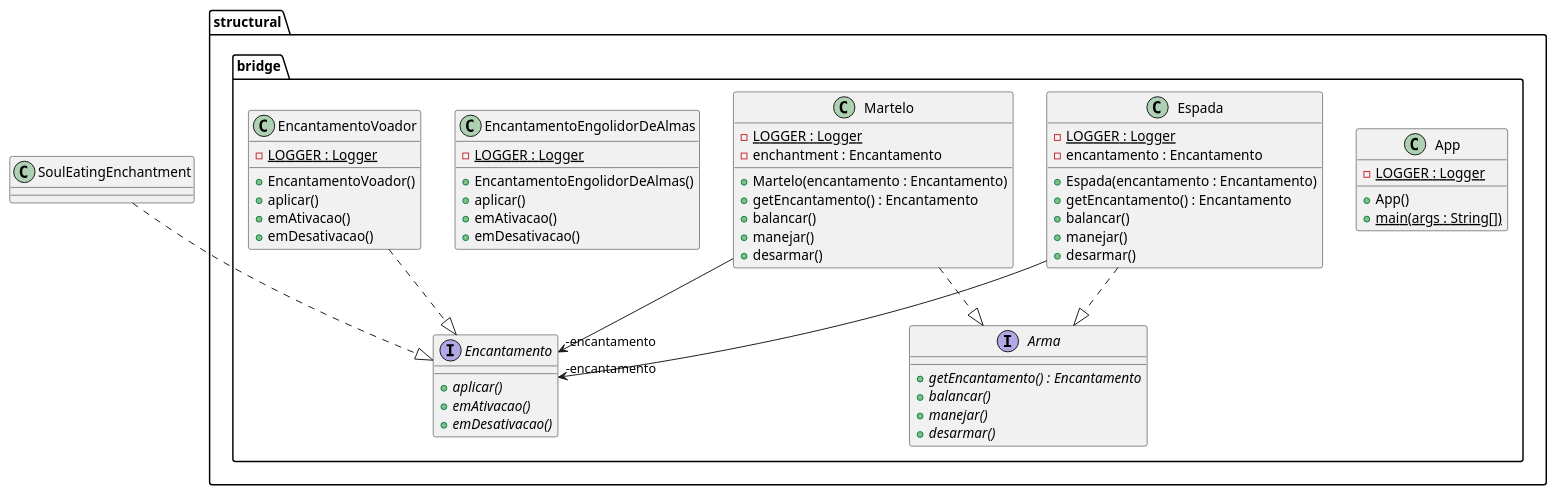
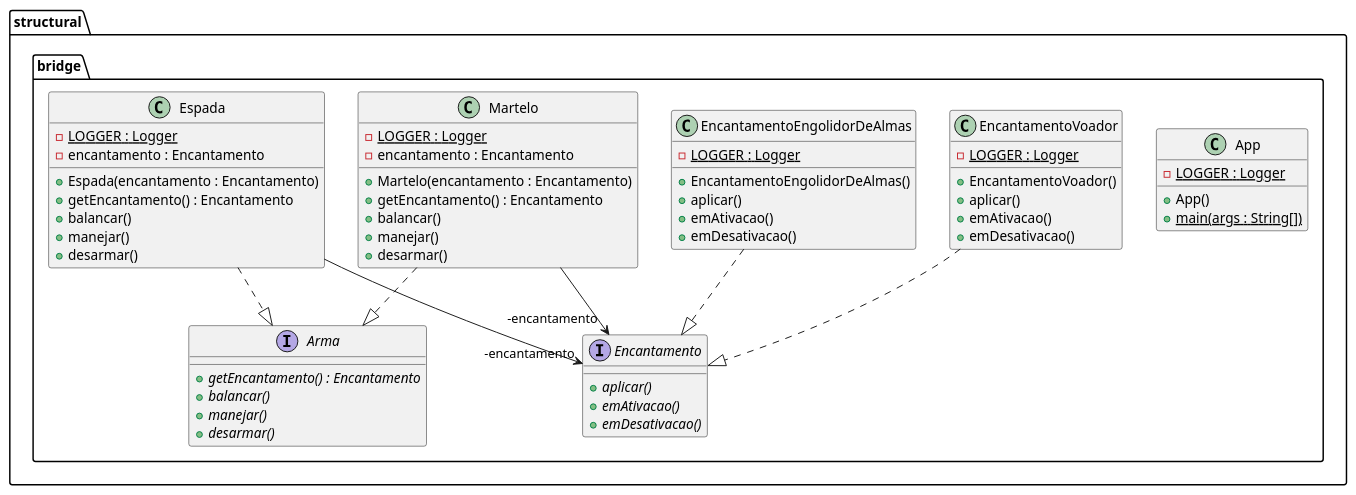
One commit to jeanLuizInsight/design-patterns-java changed the diagram in src/structural/bridge/diagramas/Bridge.puml. Above: the diagram before and after it, drawn with PlantUML. The commit also changed 1 other file, not shown here.

```diff
--- a/src/structural/bridge/diagramas/Bridge.puml
+++ b/src/structural/bridge/diagramas/Bridge.puml
@@ -1,58 +1,58 @@
 @startuml
 package structural.bridge {
   class App {
     - LOGGER : Logger {static}
     + App()
     + main(args : String[]) {static}
   }
   interface Encantamento {
     + aplicar() {abstract}
     + emAtivacao() {abstract}
     + emDesativacao() {abstract}
   }
   class EncantamentoVoador {
     - LOGGER : Logger {static}
     + EncantamentoVoador()
     + aplicar()
     + emAtivacao()
     + emDesativacao()
   }
   class Martelo {
     - LOGGER : Logger {static}
-    - enchantment : Encantamento
+    - encantamento : Encantamento
     + Martelo(encantamento : Encantamento)
     + getEncantamento() : Encantamento
     + balancar()
     + manejar()
     + desarmar()
   }
   class EncantamentoEngolidorDeAlmas {
     - LOGGER : Logger {static}
     + EncantamentoEngolidorDeAlmas()
     + aplicar()
     + emAtivacao()
     + emDesativacao()
   }
   class Espada {
     - LOGGER : Logger {static}
     - encantamento : Encantamento
     + Espada(encantamento : Encantamento)
     + getEncantamento() : Encantamento
     + balancar()
     + manejar()
     + desarmar()
   }
   interface Arma {
     + getEncantamento() : Encantamento {abstract}
     + balancar() {abstract}
     + manejar() {abstract}
     + desarmar() {abstract}
   }
 }
 Espada -->  "-encantamento" Encantamento
 Martelo -->  "-encantamento" Encantamento
 EncantamentoVoador ..|> Encantamento 
 Martelo ..|> Arma 
-SoulEatingEnchantment ..|> Encantamento 
+EncantamentoEngolidorDeAlmas ..|> Encantamento 
 Espada ..|> Arma 
 @enduml
```
